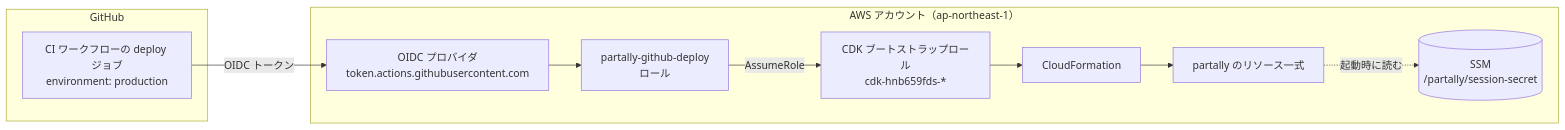
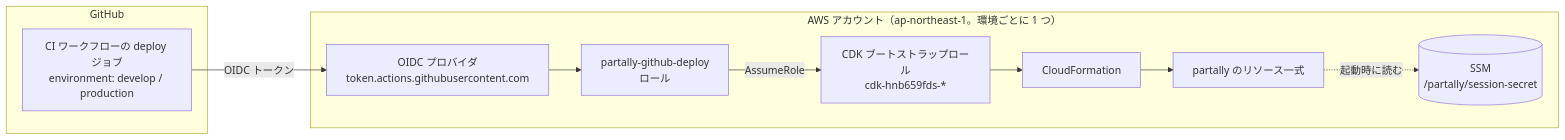
One commit to ot-nemoto/partally changed the diagram in docs/setup.md. Above: the diagram before and after it, drawn with Mermaid. The commit also changed other lines of this file and 8 other files, not shown here.

First line of the commit message:
develop と master を別々の AWS アカウントへデプロイする

````diff
--- a/docs/setup.md
+++ b/docs/setup.md
@@ -16,19 +30,19 @@
 ```mermaid
 flowchart LR
   subgraph GitHub
-    WF[CI ワークフローの deploy ジョブ<br/>environment: production]
+    WF[CI ワークフローの deploy ジョブ<br/>environment: develop / production]
   end
-  subgraph AWS[AWS アカウント（ap-northeast-1）]
+  subgraph AWS[AWS アカウント（ap-northeast-1。環境ごとに 1 つ）]
     OIDC[OIDC プロバイダ<br/>token.actions.githubusercontent.com]
     Role[partally-github-deploy<br/>ロール]
     CDKRoles[CDK ブートストラップロール<br/>cdk-hnb659fds-*]
     CFN[CloudFormation]
     App[partally のリソース一式]
     SSM[(SSM<br/>/partally/session-secret)]
   end
   WF -- "OIDC トークン" --> OIDC
   OIDC --> Role
   Role -- "AssumeRole" --> CDKRoles
   CDKRoles --> CFN --> App
   App -. "起動時に読む" .-> SSM
 ```
````
